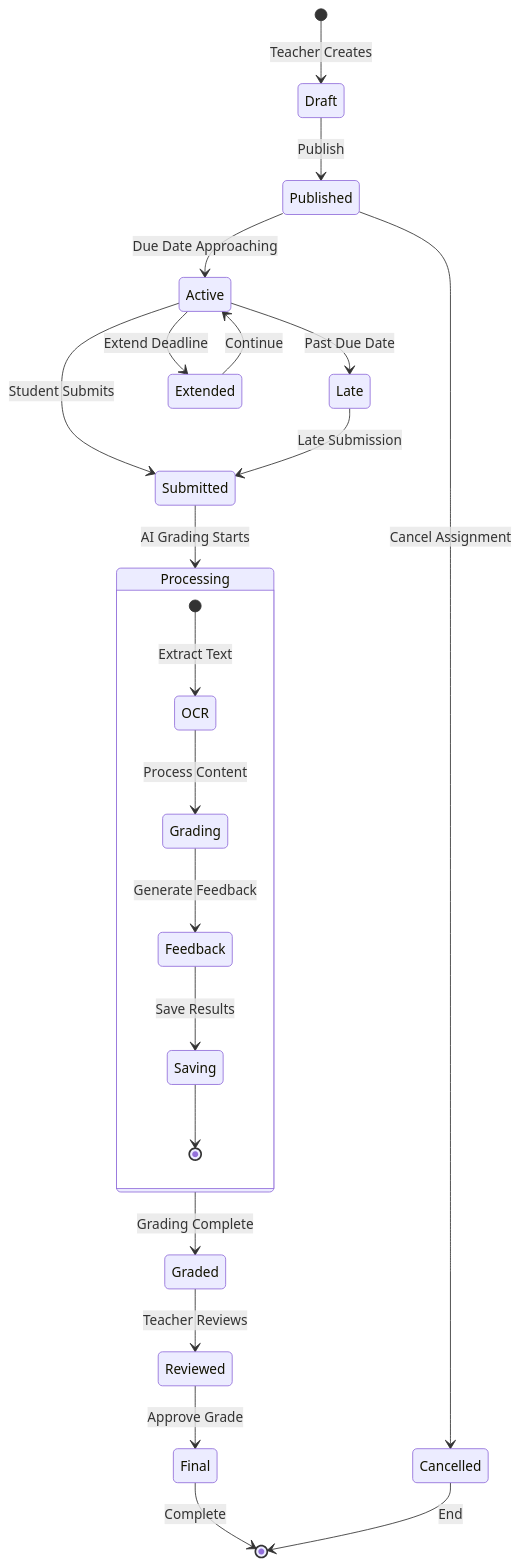
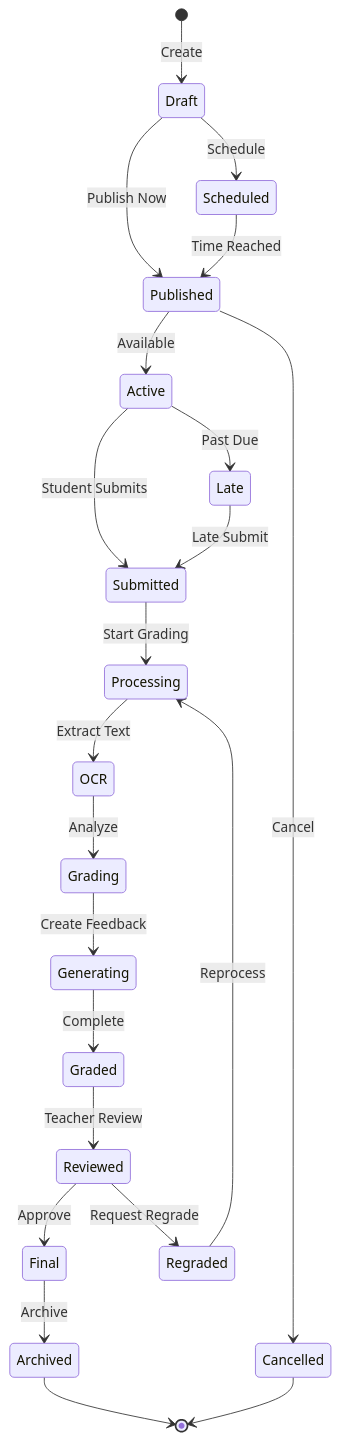
One commit to abdulrahman-riyad/Co-Learn changed diagram 11 of 12 in diagrams-and-docs/mvp-documentation.md. Above: the diagram before and after it, drawn with Mermaid. The commit also changed other lines of this file and 31 other files, not shown here.

Commit message:
diagrams updated

````diff
--- a/diagrams-and-docs/mvp-documentation.md
+++ b/diagrams-and-docs/mvp-documentation.md
@@ -1022,31 +634,34 @@
 ```mermaid
 stateDiagram-v2
-    [*] --> Draft: Teacher Creates
-    Draft --> Published: Publish
-    Published --> Active: Due Date Approaching
+    [*] --> Draft: Create
+    
+    Draft --> Scheduled: Schedule
+    Draft --> Published: Publish Now
+    
+    Scheduled --> Published: Time Reached
+    
+    Published --> Active: Available
     
     Active --> Submitted: Student Submits
-    Submitted --> Processing: AI Grading Starts
-    Processing --> Graded: Grading Complete
+    Active --> Late: Past Due
     
-    Graded --> Reviewed: Teacher Reviews
-    Reviewed --> Final: Approve Grade
+    Submitted --> Processing: Start Grading
+    Late --> Submitted: Late Submit
     
-    Active --> Late: Past Due Date
-    Late --> Submitted: Late Submission
+    Processing --> OCR: Extract Text
+    OCR --> Grading: Analyze
+    Grading --> Generating: Create Feedback
+    Generating --> Graded: Complete
     
-    Published --> Cancelled: Cancel Assignment
-    Active --> Extended: Extend Deadline
-    Extended --> Active: Continue
+    Graded --> Reviewed: Teacher Review
+    Reviewed --> Final: Approve
+    Reviewed --> Regraded: Request Regrade
     
-    Final --> [*]: Complete
-    Cancelled --> [*]: End
+    Regraded --> Processing: Reprocess
     
-    state Processing {
-        [*] --> OCR: Extract Text
-        OCR --> Grading: Process Content
-        Grading --> Feedback: Generate Feedback
-        Feedback --> Saving: Save Results
-        Saving --> [*]
-    }
+    Final --> Archived: Archive
+    Archived --> [*]
+    
+    Published --> Cancelled: Cancel
+    Cancelled --> [*]
 ```
````
